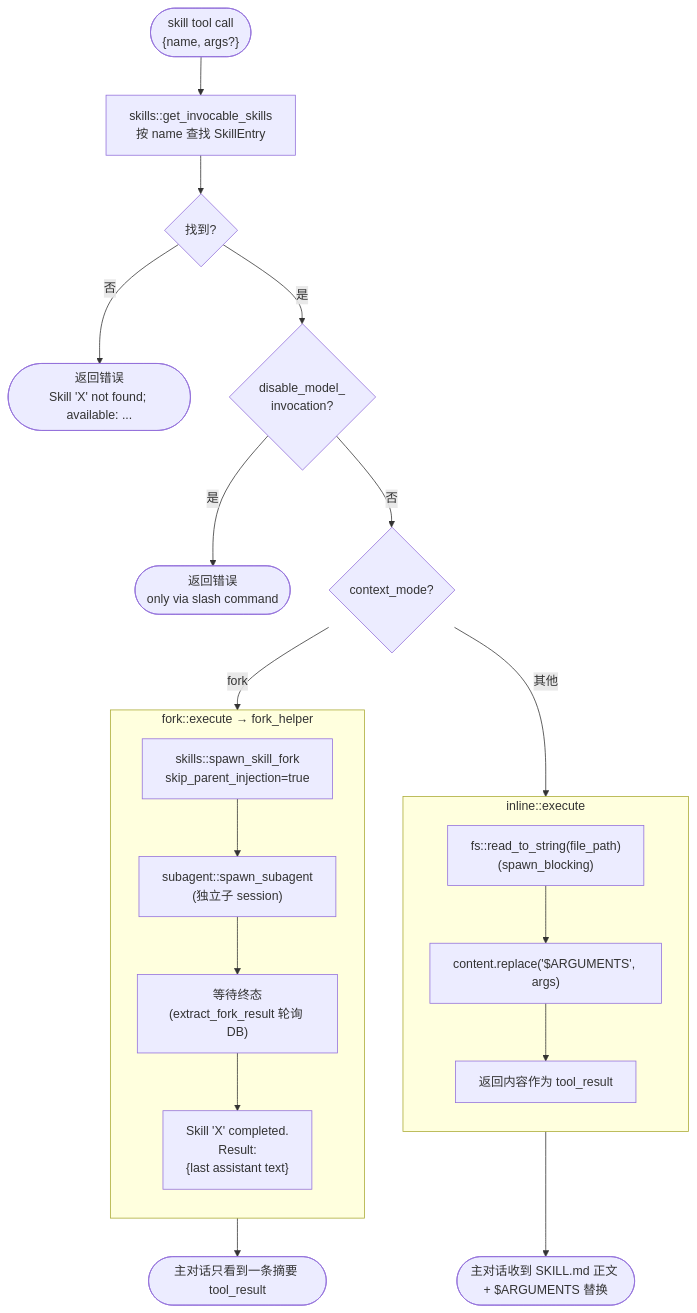
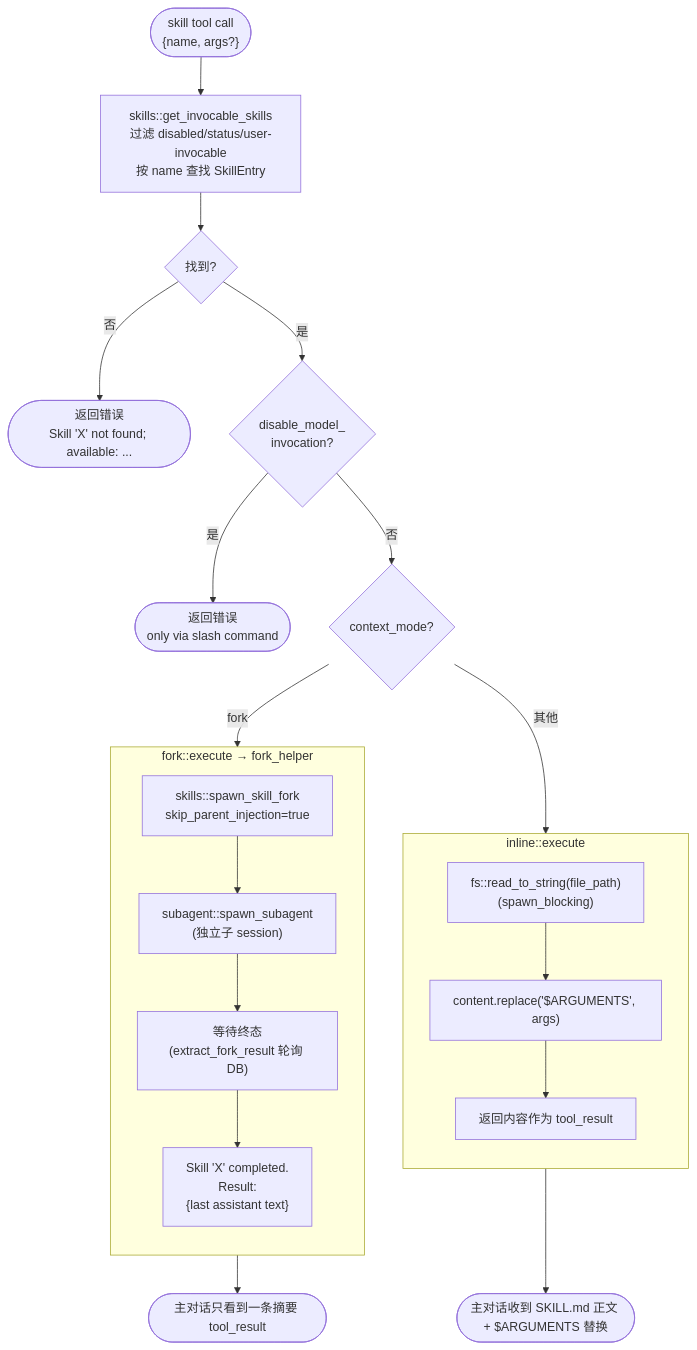
One commit to shiwenwen/hope-agent changed the fifth of 18 diagrams in docs/architecture/skill-system.md. Above: the diagram before and after it, drawn with Mermaid. The commit also changed other lines of this file and 25 other files, not shown here.

````diff
--- a/docs/architecture/skill-system.md
+++ b/docs/architecture/skill-system.md
@@ -458,29 +503,29 @@
 ```mermaid
 flowchart TD
-    TOOL(["skill tool call<br/>{name, args?}"]) --> LOOKUP["skills::get_invocable_skills<br/>按 name 查找 SkillEntry"]
+    TOOL(["skill tool call<br/>{name, args?}"]) --> LOOKUP["skills::get_invocable_skills<br/>过滤 disabled/status/user-invocable<br/>按 name 查找 SkillEntry"]
     LOOKUP --> FOUND{"找到?"}
     FOUND -->|否| ERR(["返回错误<br/>Skill 'X' not found; available: ..."])
     FOUND -->|是| DIM{"disable_model_<br/>invocation?"}
     DIM -->|是| ERR2(["返回错误<br/>only via slash command"])
     DIM -->|否| MODE{"context_mode?"}
 
     MODE -->|"fork"| FORK
     MODE -->|其他| INLINE
 
     subgraph INLINE["inline::execute"]
         direction TB
         R1["fs::read_to_string(file_path)<br/>(spawn_blocking)"] --> R2["content.replace('$ARGUMENTS', args)"]
         R2 --> R3["返回内容作为 tool_result"]
     end
 
     subgraph FORK["fork::execute → fork_helper"]
         direction TB
         F1["skills::spawn_skill_fork<br/>skip_parent_injection=true"] --> F2["subagent::spawn_subagent<br/>(独立子 session)"]
         F2 --> F3["等待终态<br/>(extract_fork_result 轮询 DB)"]
         F3 --> F4["Skill 'X' completed.<br/>Result:<br/>{last assistant text}"]
     end
 
     INLINE --> OUT_IN(["主对话收到 SKILL.md 正文 + $ARGUMENTS 替换"])
     FORK --> OUT_FK(["主对话只看到一条摘要 tool_result"])
 
 ```
````
